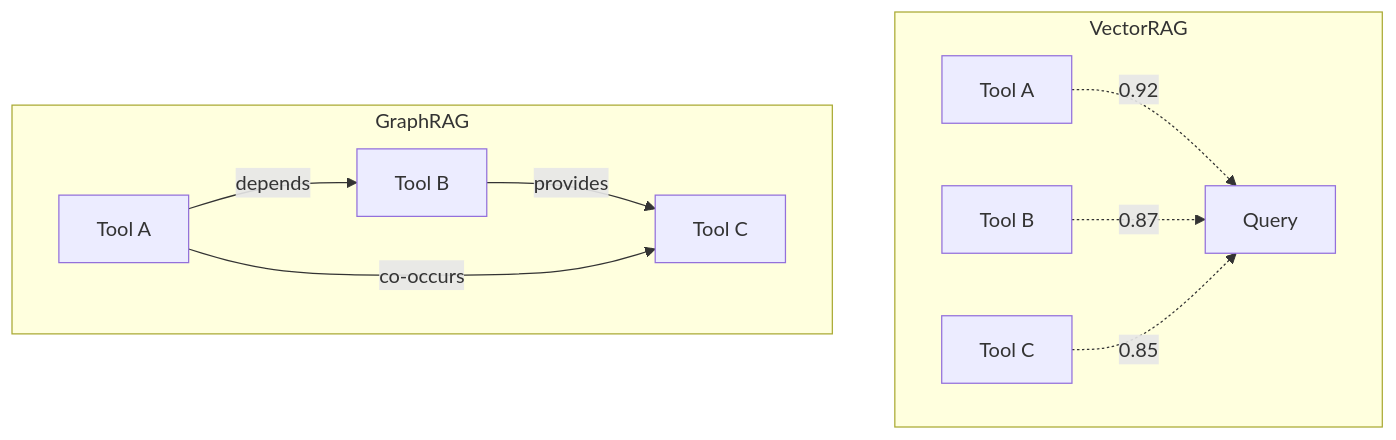
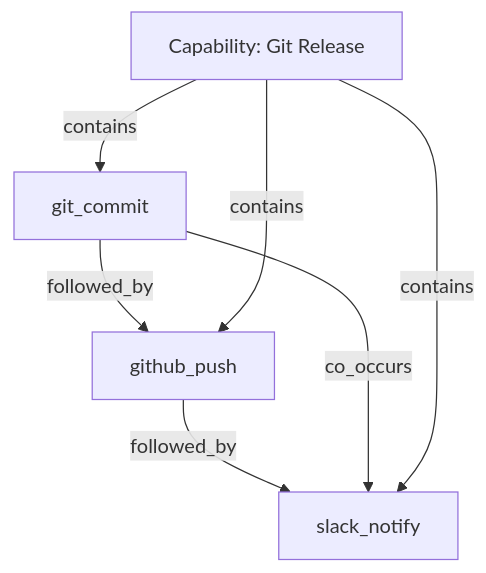
Before and after one commit to Casys-AI/casys-pml: the second of 4 diagrams in src/web/posts/2025-12-18-graphrag-vs-vectorrag.md, drawn with Mermaid. The commit also changed other lines of this file, not shown here.

Commit message:
blog: complete GraphRAG + VectorRAG hybrid article

````diff
--- a/src/web/posts/2025-12-18-graphrag-vs-vectorrag.md
+++ b/src/web/posts/2025-12-18-graphrag-vs-vectorrag.md
@@ -49,14 +61,9 @@
 ```mermaid
 graph TD
-    subgraph "VectorRAG"
-        V1[Tool A] -.->|0.92| Q1[Query]
-        V2[Tool B] -.->|0.87| Q1
-        V3[Tool C] -.->|0.85| Q1
-    end
-
-    subgraph "GraphRAG"
-        G1[Tool A] -->|depends| G2[Tool B]
-        G2 -->|provides| G3[Tool C]
-        G1 -->|co-occurs| G3
-    end
+    A[git_commit] -->|followed_by| B[github_push]
+    B -->|followed_by| C[slack_notify]
+    A -->|co_occurs| C
+    D[Capability: Git Release] -->|contains| A
+    D -->|contains| B
+    D -->|contains| C
 ```
````
